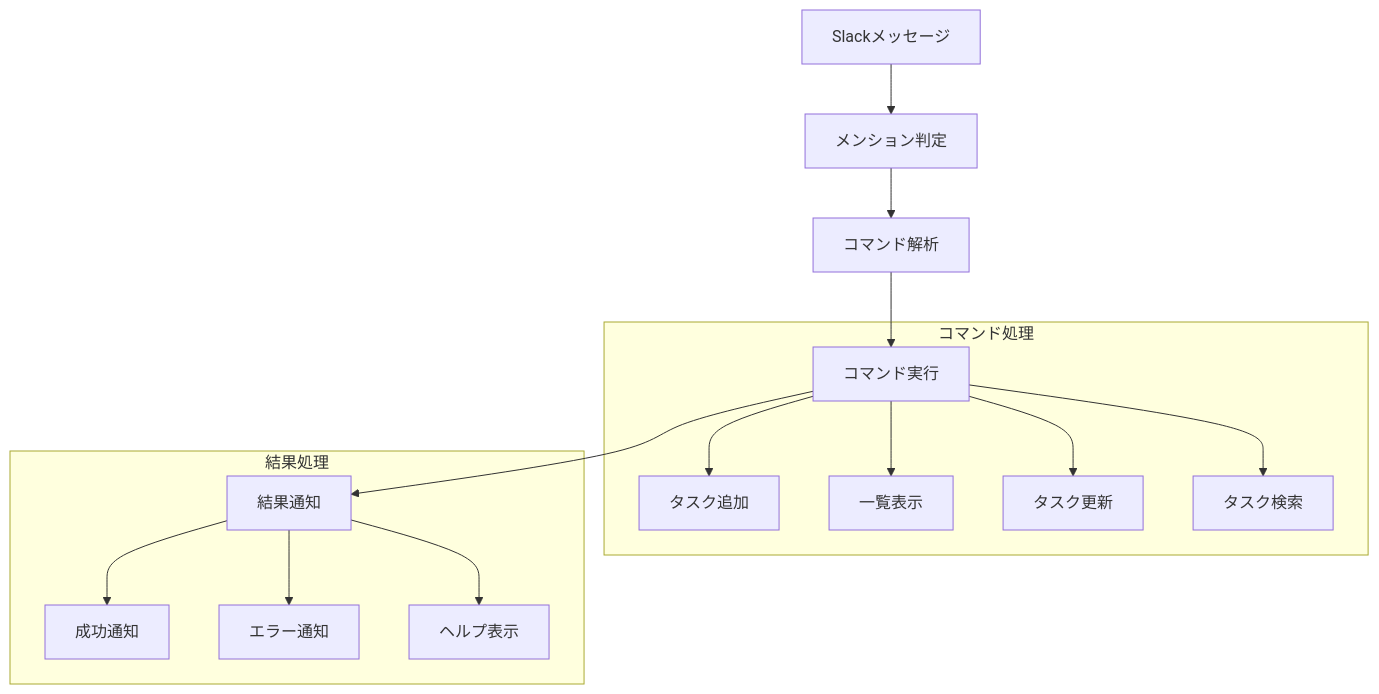
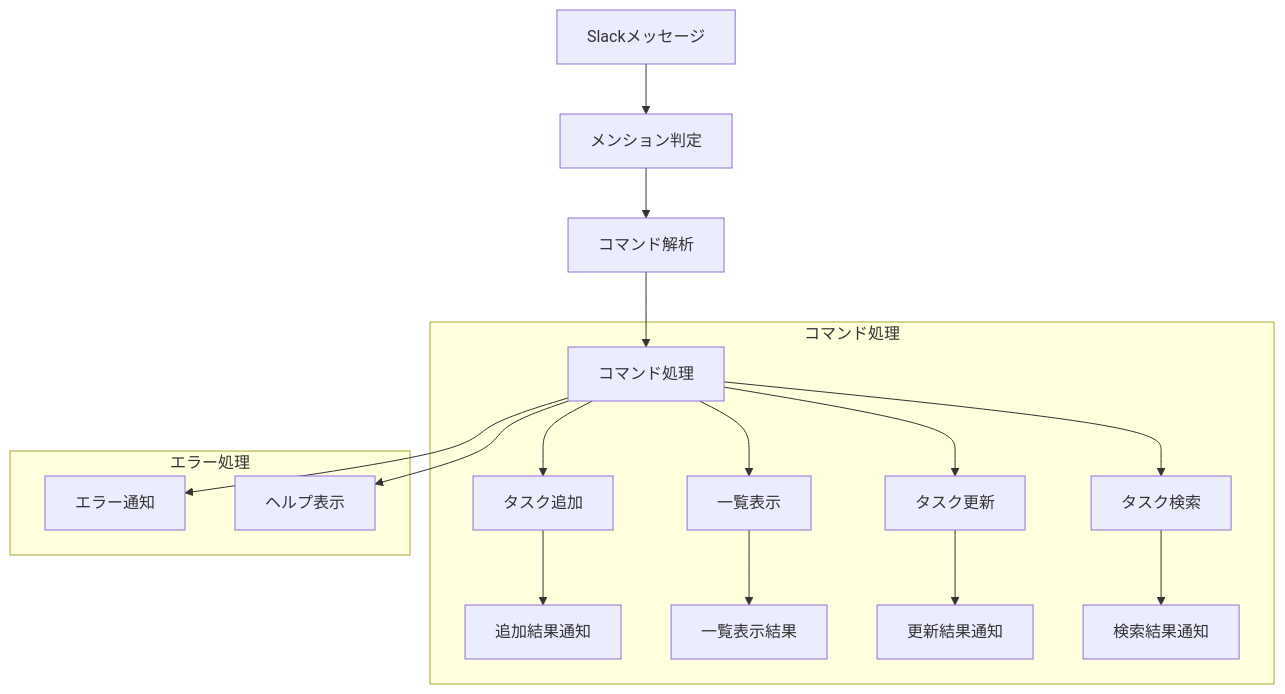
Before and after one commit to YL08140921/Task-Manager-for-Slack-bot: the diagram in docs/components/slack_service.md, drawn with Mermaid. The commit also changed other lines of this file, not shown here.

Commit message:
SlackServiceのdocs-修正

````diff
--- a/docs/components/slack_service.md
+++ b/docs/components/slack_service.md
@@ -594,20 +594,23 @@
 ```mermaid
 graph TD
     A[Slackメッセージ] --> B[メンション判定]
     B --> C[コマンド解析]
-    C --> D[コマンド実行]
-    D --> E[結果通知]
+    C --> D[コマンド処理]
     
     subgraph "コマンド処理"
         D --> D1[タスク追加]
         D --> D2[一覧表示]
         D --> D3[タスク更新]
         D --> D4[タスク検索]
+        
+        D1 --> E1[追加結果通知]
+        D2 --> E2[一覧表示結果]
+        D3 --> E3[更新結果通知]
+        D4 --> E4[検索結果通知]
     end
     
-    subgraph "結果処理"
-        E --> E1[成功通知]
-        E --> E2[エラー通知]
-        E --> E3[ヘルプ表示]
+    subgraph "エラー処理"
+        D --> F1[エラー通知]
+        D --> F2[ヘルプ表示]
     end
 ```
````
